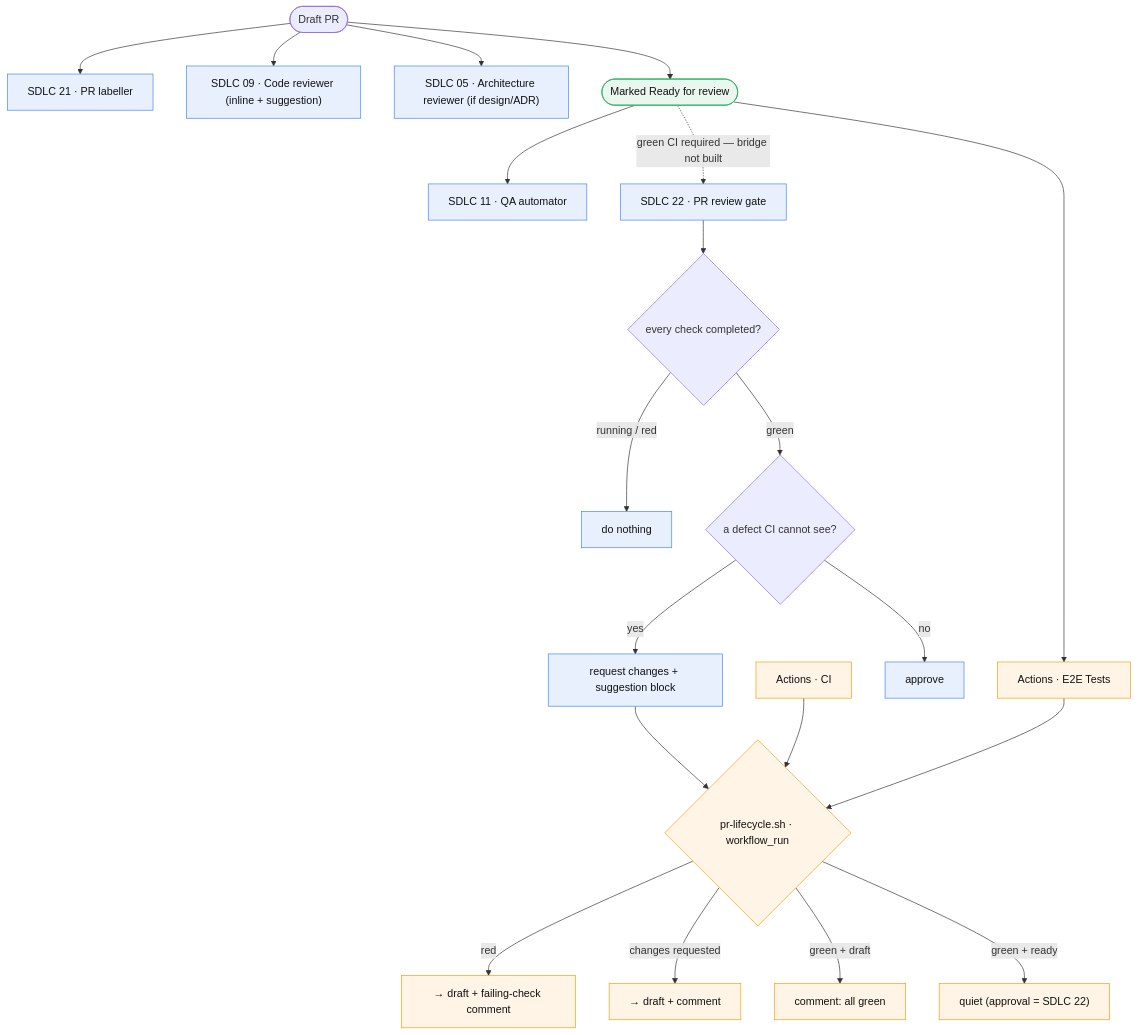
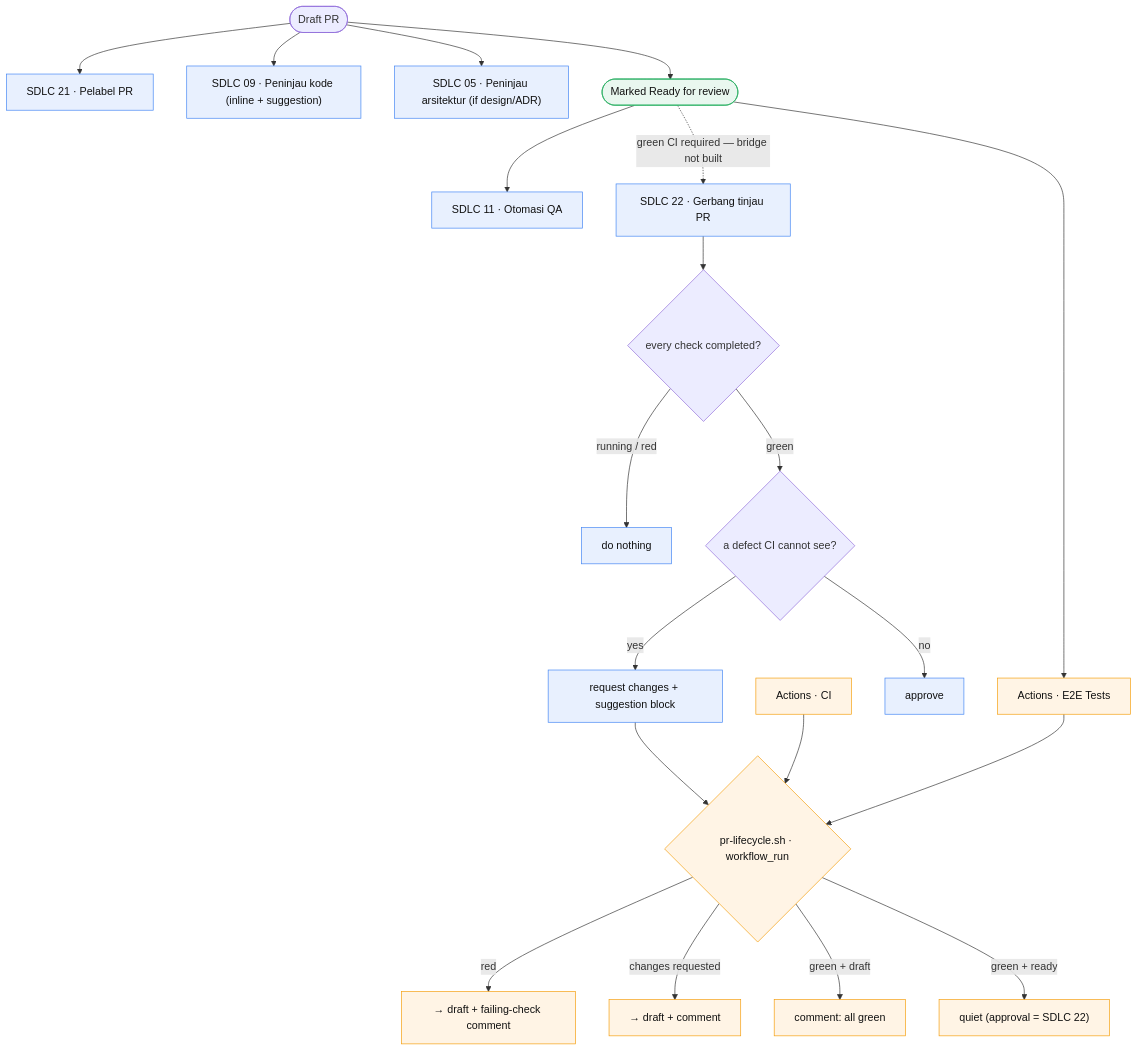
One commit to ypcipansor/cipansor changed the third of 5 diagrams in docs/SDLC-FLOW.md. Above: the diagram before and after it, drawn with Mermaid. The commit also changed other lines of this file, not shown here.

First line of the commit message:
docs(sdlc): use the live automation names in the flow diagram

````diff
--- a/docs/SDLC-FLOW.md
+++ b/docs/SDLC-FLOW.md
@@ -107,29 +107,29 @@
 ```mermaid
 flowchart TD
   classDef cloud fill:#e8f0fe,stroke:#4285f4,color:#111;
   classDef gh fill:#fff4e5,stroke:#f59e0b,color:#111;
   classDef human fill:#e9f7ef,stroke:#27ae60,color:#111;
 
-  DPR([Draft PR]) --> C21["SDLC 21 · PR labeller"]:::cloud
-  DPR --> C9["SDLC 09 · Code reviewer (inline + suggestion)"]:::cloud
-  DPR --> C5["SDLC 05 · Architecture reviewer (if design/ADR)"]:::cloud
+  DPR([Draft PR]) --> C21["SDLC 21 · Pelabel PR"]:::cloud
+  DPR --> C9["SDLC 09 · Peninjau kode (inline + suggestion)"]:::cloud
+  DPR --> C5["SDLC 05 · Peninjau arsitektur (if design/ADR)"]:::cloud
   DPR --> RDY(["Marked Ready for review"]):::human
 
-  RDY --> C11["SDLC 11 · QA automator"]:::cloud
-  RDY -. "green CI required — bridge not built" .-> C22["SDLC 22 · PR review gate"]:::cloud
+  RDY --> C11["SDLC 11 · Otomasi QA"]:::cloud
+  RDY -. "green CI required — bridge not built" .-> C22["SDLC 22 · Gerbang tinjau PR"]:::cloud
   RDY --> E2E["Actions · E2E Tests"]:::gh
   CI["Actions · CI"]:::gh --> LC
 
   E2E --> LC{"pr-lifecycle.sh · workflow_run"}:::gh
   LC -- red --> DR["→ draft + failing-check comment"]:::gh
   LC -- "changes requested" --> DR2["→ draft + comment"]:::gh
   LC -- "green + draft" --> GC["comment: all green"]:::gh
   LC -- "green + ready" --> QUIET["quiet (approval = SDLC 22)"]:::gh
 
   C22 --> DEC{"every check completed?"}
   DEC -- "running / red" --> STOP["do nothing"]:::cloud
   DEC -- green --> REV{"a defect CI cannot see?"}
   REV -- yes --> RC["request changes + suggestion block"]:::cloud
   REV -- no --> APP["approve"]:::cloud
   RC --> LC
 ```
````
